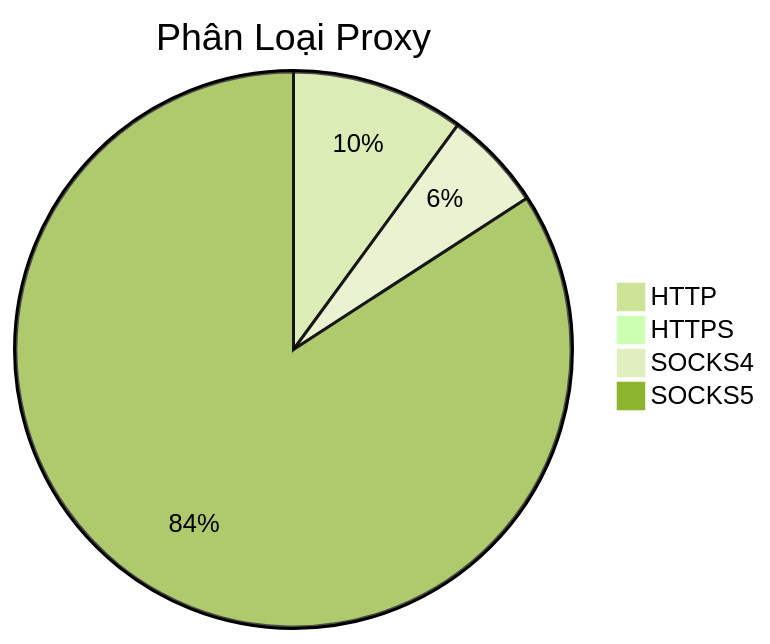
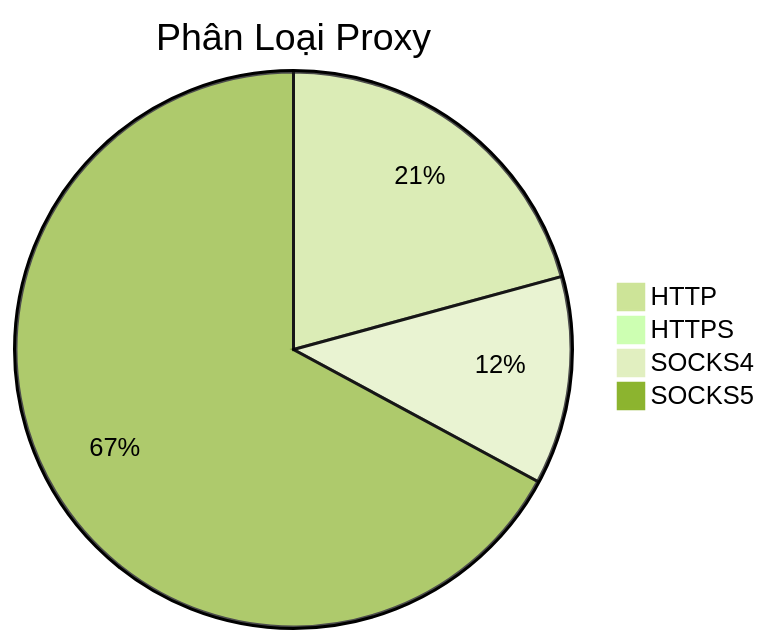
The diagram in README.md (Ciara-Aa/PROXY-free), drawn with Mermaid (forest theme) before and after one commit. The commit also changed other lines of this file and 4 other files, not shown here.

````diff
--- a/README.md
+++ b/README.md
@@ -26,7 +26,7 @@
 ```mermaid
 pie title Phân Loại Proxy
-    "HTTP" : 373
-    "HTTPS" : 3
-    "SOCKS4" : 215
-    "SOCKS5" : 3123
+    "HTTP" : 372
+    "HTTPS" : 2
+    "SOCKS4" : 217
+    "SOCKS5" : 1202
 ```
````
